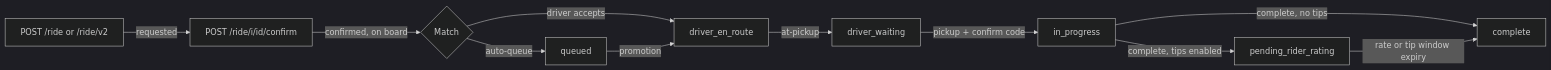
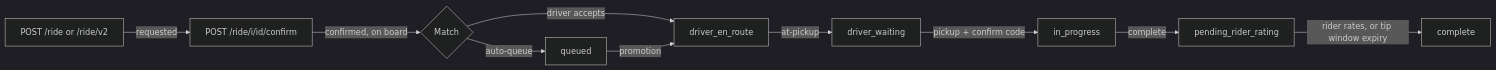
Before and after one commit to rideyelo/docs: the diagram in engineering/api/rides-implementation.mdx, drawn with Mermaid (dark theme). The commit also changed other lines of this file and 186 other files, not shown here.

````diff
--- a/engineering/api/rides-implementation.mdx
+++ b/engineering/api/rides-implementation.mdx
@@ -48,13 +48,12 @@
 ```mermaid
 flowchart LR
   A[POST /ride or /ride/v2] -->|requested| B[POST /ride/i/id/confirm]
   B -->|confirmed, on board| C{Match}
   C -->|driver accepts| D[driver_en_route]
   C -->|auto-queue| Q[queued]
   Q -->|promotion| D
   D -->|at-pickup| E[driver_waiting]
   E -->|pickup + confirm code| F[in_progress]
-  F -->|complete, tips enabled| G[pending_rider_rating]
-  F -->|complete, no tips| H[complete]
-  G -->|rate or tip window expiry| H
+  F -->|complete| G[pending_rider_rating]
+  G -->|rider rates, or tip window expiry| H[complete]
 ```
````
